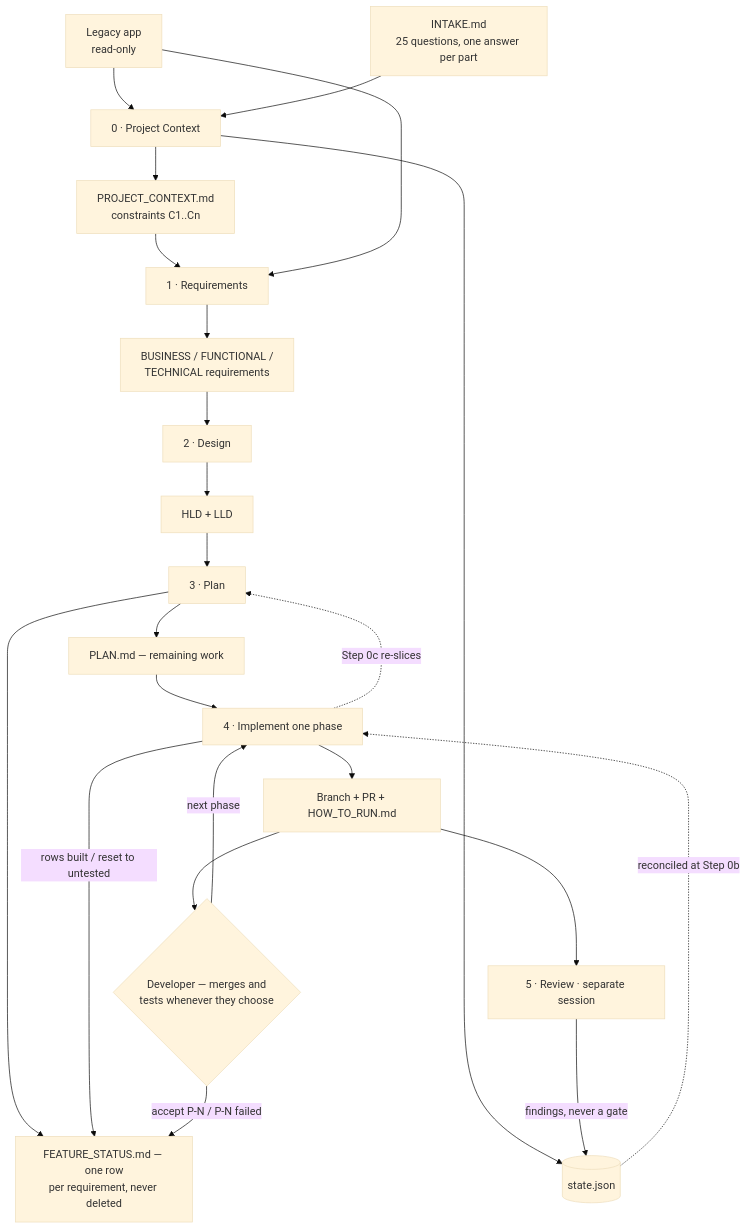
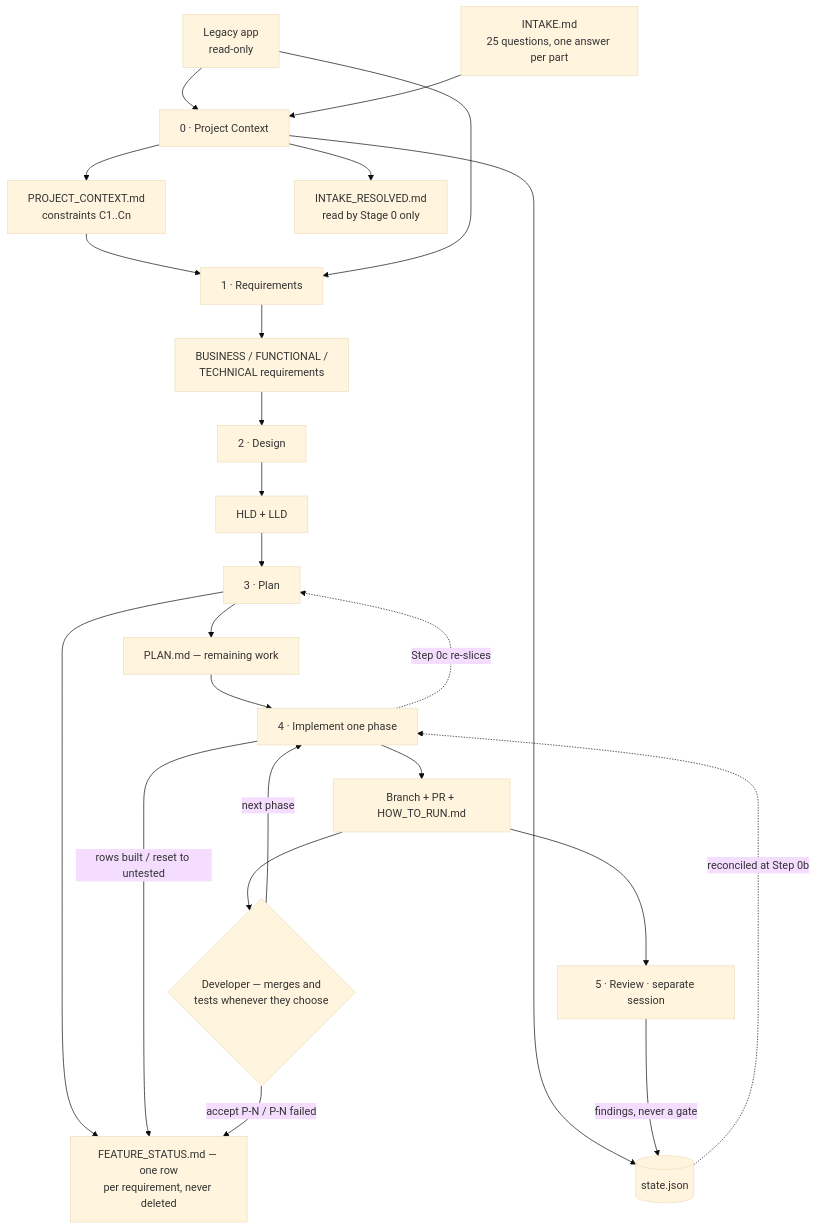
Before and after one commit to Mabeesha/AppModernizationHarness: the first of 4 diagrams in docs/DESIGN.md, drawn with Mermaid (base theme). The commit also changed other lines of this file and 19 other files, not shown here.

````diff
--- a/docs/DESIGN.md
+++ b/docs/DESIGN.md
@@ -33,25 +33,26 @@
 ```mermaid
 flowchart TD
     L[Legacy app<br/>read-only] --> S0
     I[INTAKE.md<br/>25 questions, one answer per part] --> S0[0 · Project Context]
     S0 --> PC[PROJECT_CONTEXT.md<br/>constraints C1..Cn]
     S0 --> ST[(state.json)]
+    S0 --> IR[INTAKE_RESOLVED.md<br/>read by Stage 0 only]
     PC --> S1[1 · Requirements]
     L --> S1
     S1 --> REQ[BUSINESS / FUNCTIONAL /<br/>TECHNICAL requirements]
     REQ --> S2[2 · Design]
     S2 --> D[HLD + LLD]
     D --> S3[3 · Plan]
     S3 --> PL[PLAN.md — remaining work]
     S3 --> FS[FEATURE_STATUS.md — one row<br/>per requirement, never deleted]
     PL --> S4[4 · Implement one phase]
     S4 --> PR[Branch + PR + HOW_TO_RUN.md]
     S4 -->|rows built / reset to untested| FS
     PR --> DEV{Developer — merges and<br/>tests whenever they choose}
     DEV -- next phase --> S4
     DEV -- accept P-N / P-N failed --> FS
     S4 -.->|Step 0c re-slices| S3
     PR --> S5[5 · Review · separate session]
     S5 -->|findings, never a gate| ST
     ST -.->|reconciled at Step 0b| S4
 ```
````
